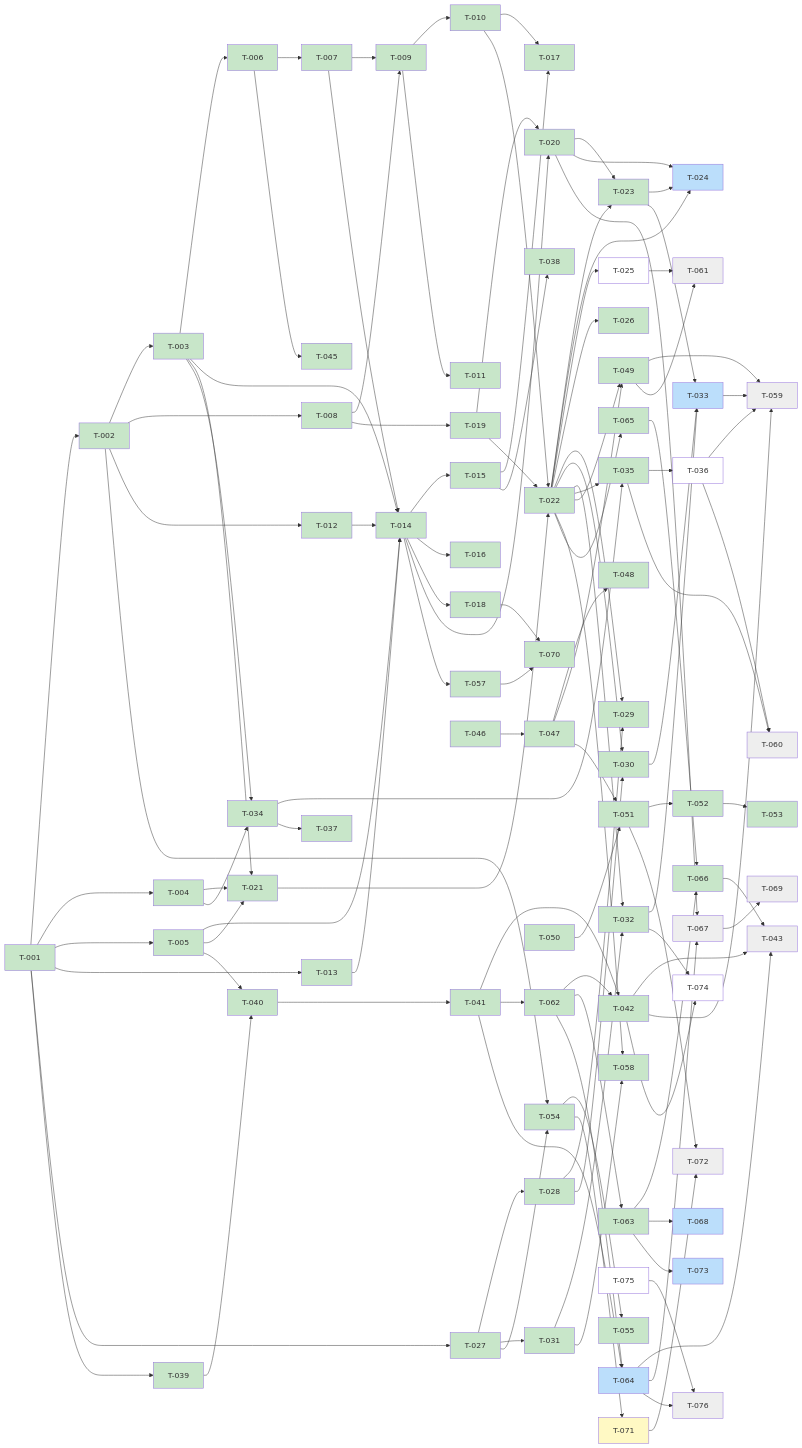
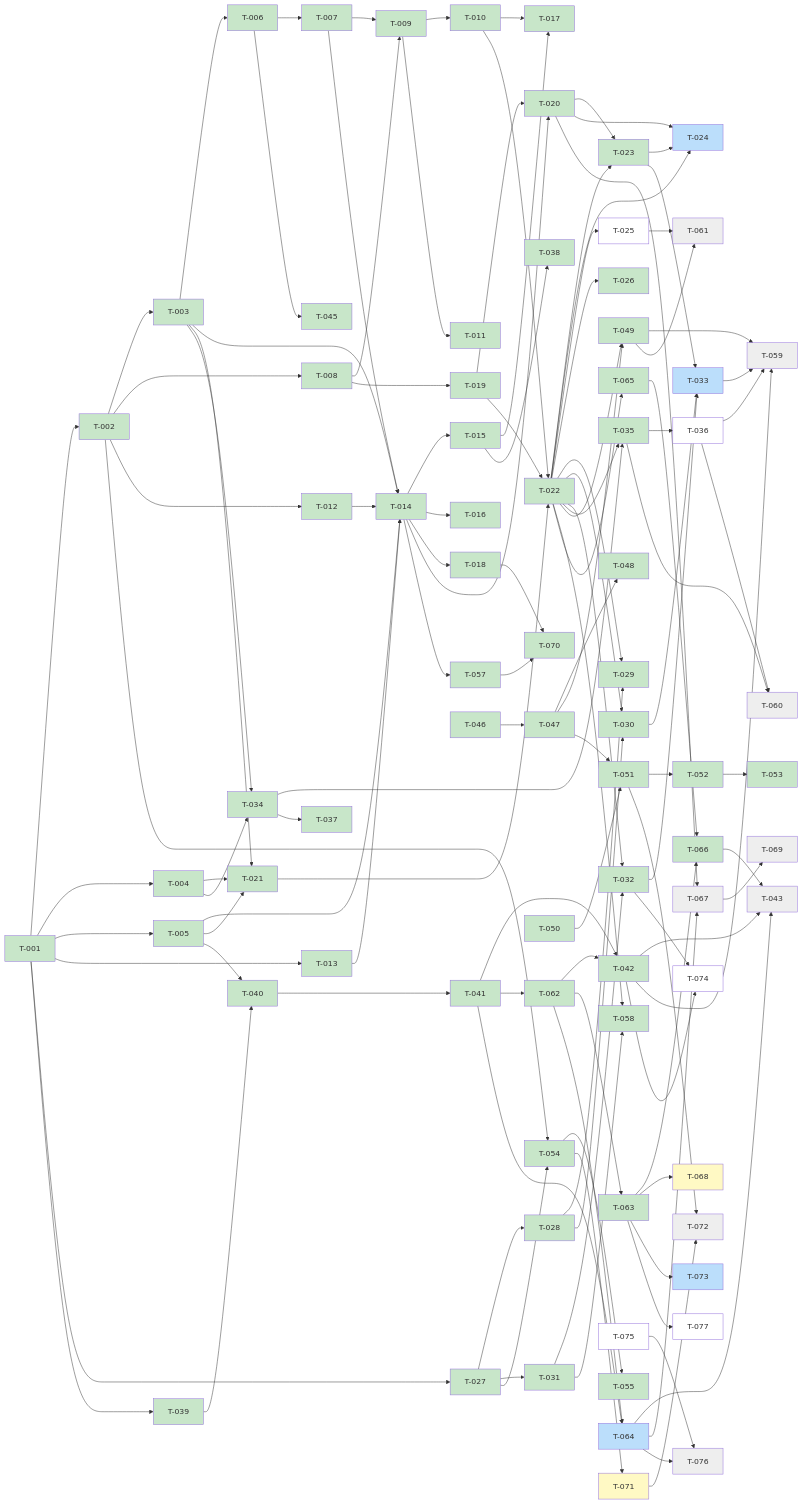
One commit to scholtz/biatec-chat changed the diagram in kanban/BOARD.md. Above: the diagram before and after it, drawn with Mermaid. The commit also changed other lines of this file and 3 other files, not shown here.

````diff
--- a/kanban/BOARD.md
+++ b/kanban/BOARD.md
@@ -223,14 +224,15 @@
   T042[T-042] --> T074[T-074]
   T064[T-064] --> T076[T-076]
   T075[T-075] --> T076[T-076]
+  T063[T-063] --> T077[T-077]
   classDef done fill:#c8e6c9
   classDef review fill:#fff9c4
   classDef inprogress fill:#bbdefb
   classDef backlog fill:#ffffff
   classDef blocked fill:#eeeeee
   class T001,T002,T003,T004,T005,T006,T007,T008,T009,T010,T011,T012,T013,T014,T015,T016,T017,T018,T019,T020,T021,T022,T023,T026,T027,T028,T029,T030,T031,T032,T034,T035,T037,T038,T039,T040,T041,T042,T044,T045,T046,T047,T048,T049,T050,T051,T052,T053,T054,T055,T056,T057,T058,T062,T063,T065,T066,T070 done
-  class T071 review
-  class T024,T033,T064,T068,T073 inprogress
-  class T036,T025,T074,T075 backlog
+  class T071,T068 review
+  class T024,T033,T064,T073 inprogress
+  class T036,T025,T074,T075,T077 backlog
   class T059,T076,T043,T072,T060,T061,T067,T069 blocked
 ```
````
